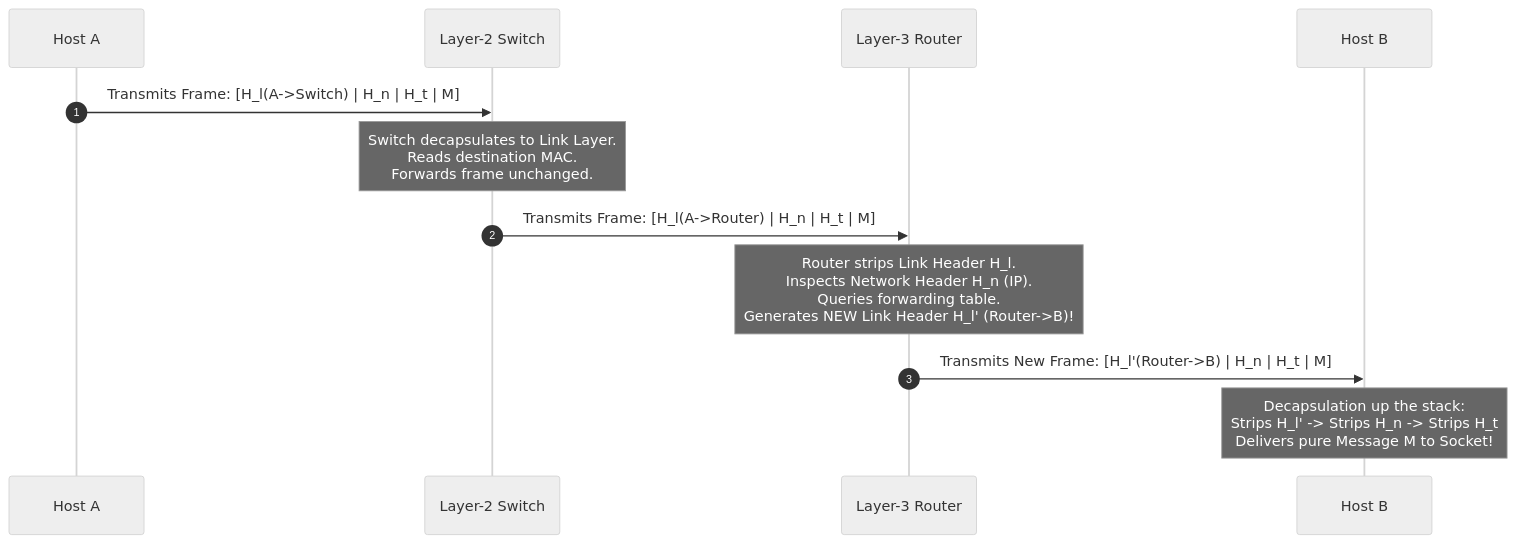
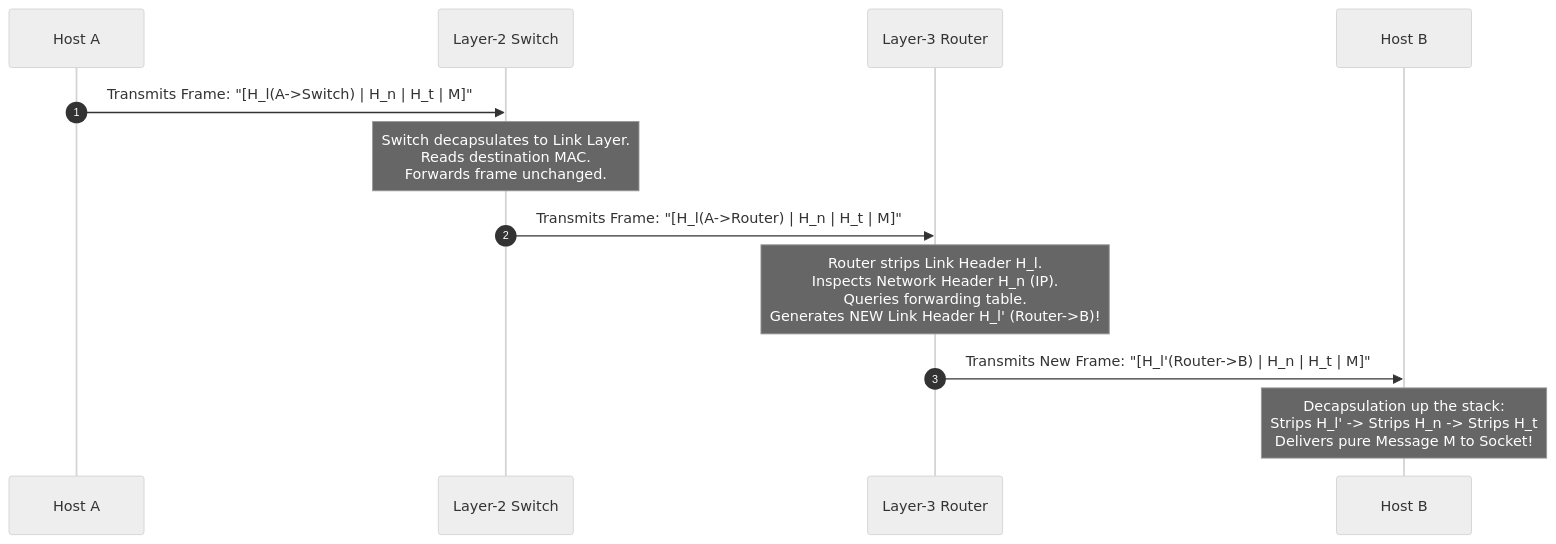
The eighth of 8 diagrams in CN/Unit 1/L06 - Protocol Layering and the Internet Stack.md (YatishGowda09/Sem-3-CSE-Notes), drawn with Mermaid (neutral theme) before and after one commit. The commit also changed other lines of this file and 70 other files, not shown here.

First line of the commit message:
Fix Mermaid diagram syntax for GitHub rendering compatibility

````diff
--- a/CN/Unit 1/L06 - Protocol Layering and the Internet Stack.md
+++ b/CN/Unit 1/L06 - Protocol Layering and the Internet Stack.md
@@ -261,15 +261,15 @@
 ```mermaid
 sequenceDiagram
     autonumber
     participant HostA as Host A
     participant Switch as Layer-2 Switch
     participant Router as Layer-3 Router
     participant HostB as Host B
 
-    HostA->>Switch: Transmits Frame: [H_l(A->Switch) | H_n | H_t | M]
+    HostA->>Switch: Transmits Frame: "[H_l(A->Switch) | H_n | H_t | M]"
     Note over Switch: Switch decapsulates to Link Layer.<br/>Reads destination MAC.<br/>Forwards frame unchanged.
-    Switch->>Router: Transmits Frame: [H_l(A->Router) | H_n | H_t | M]
+    Switch->>Router: Transmits Frame: "[H_l(A->Router) | H_n | H_t | M]"
     Note over Router: Router strips Link Header H_l.<br/>Inspects Network Header H_n (IP).<br/>Queries forwarding table.<br/>Generates NEW Link Header H_l' (Router->B)!
-    Router->>HostB: Transmits New Frame: [H_l'(Router->B) | H_n | H_t | M]
+    Router->>HostB: Transmits New Frame: "[H_l'(Router->B) | H_n | H_t | M]"
     Note over HostB: Decapsulation up the stack:<br/>Strips H_l' -> Strips H_n -> Strips H_t<br/>Delivers pure Message M to Socket!
 ```
````
